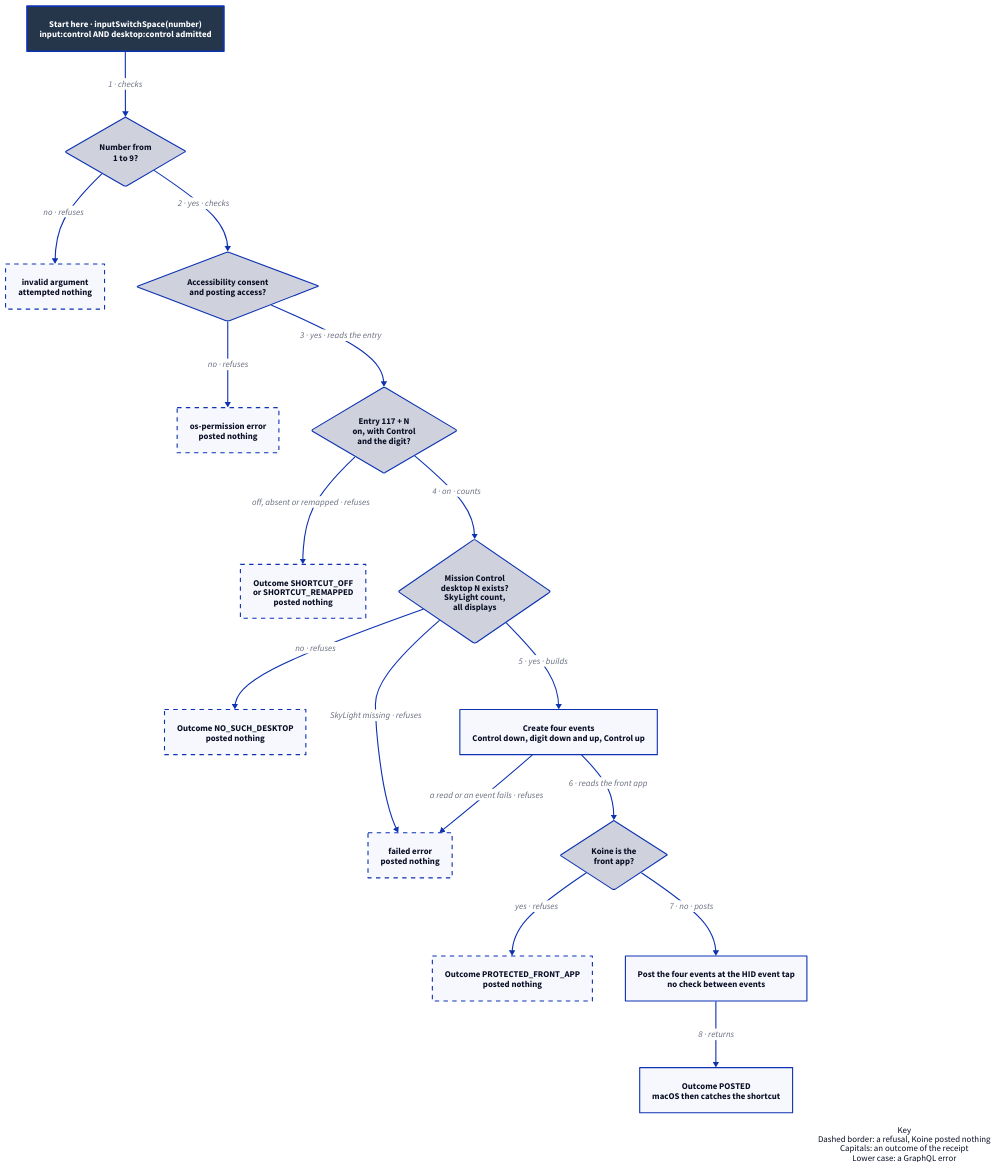
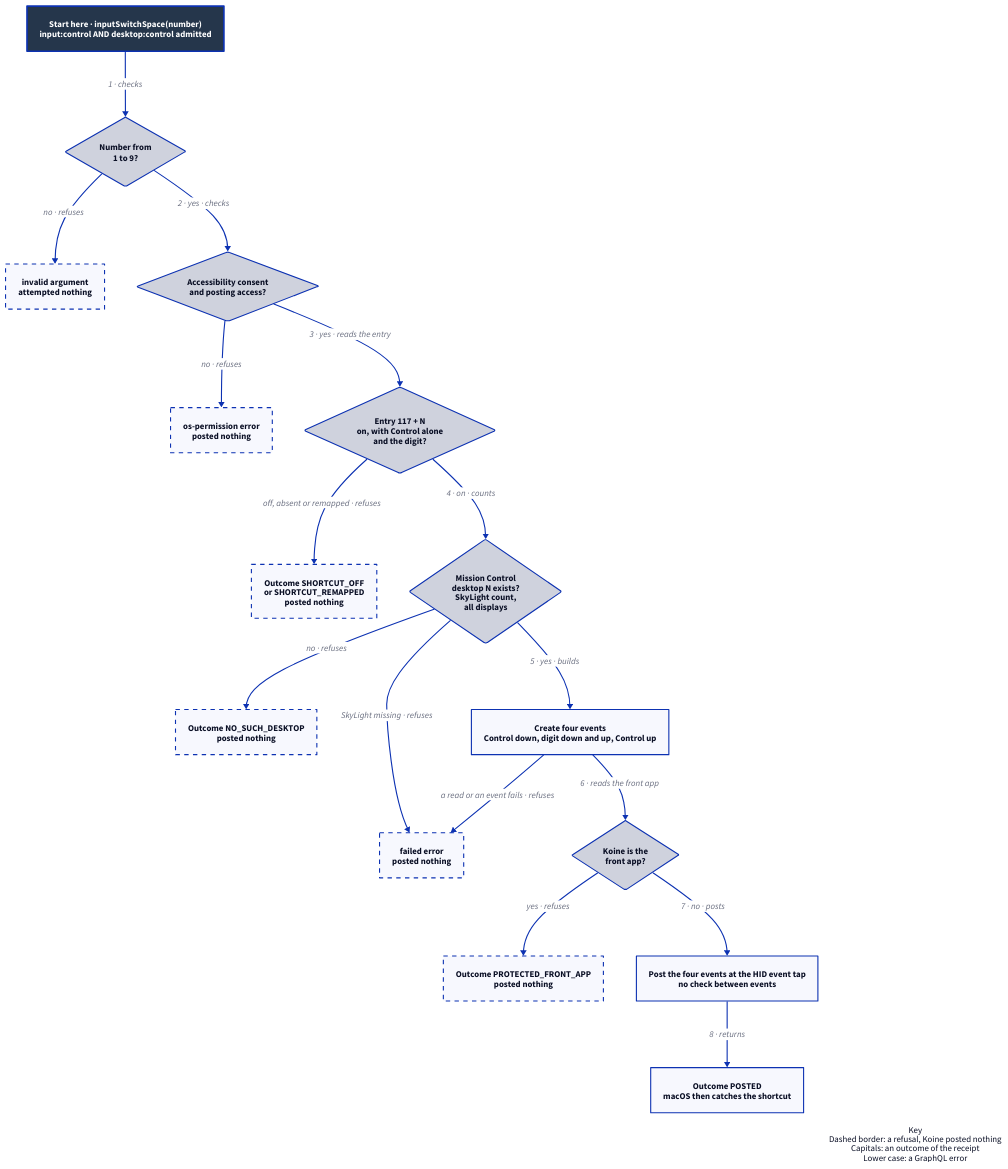
The diagram in docs/design/app-input/space-switch-flow.d2 (Linkuistics/Koine), drawn with D2 before and after one commit. The commit also changed 14 other files, not shown here.

```diff
--- a/docs/design/app-input/space-switch-flow.d2
+++ b/docs/design/app-input/space-switch-flow.d2
@@ -1,37 +1,37 @@
 # Flowchart: switch to a Mission Control desktop. It omits the host's grant check, which the workflow authority view draws.
 direction: down
 classes: {
   start: {style: {fill: "#25364B"; font-color: "#FFFFFF"; bold: true; stroke-width: 3}}
   refusal: {style: {stroke-dash: 4}}
 }
 Call: "Start here · inputSwitchSpace(number)\ninput:control AND desktop:control admitted" {class: start}
 Number: "Number from\n1 to 9?" {shape: diamond}
 Consent: "Accessibility consent\nand posting access?" {shape: diamond}
-Shortcut: "Entry 117 + N\non, with Control\nand the digit?" {shape: diamond}
+Shortcut: "Entry 117 + N\non, with Control alone\nand the digit?" {shape: diamond}
 Count: "Mission Control\ndesktop N exists?\nSkyLight count,\nall displays" {shape: diamond}
 Build: "Create four events\nControl down, digit down and up, Control up"
 Front: "Koine is the\nfront app?" {shape: diamond}
 Post: "Post the four events at the HID event tap\nno check between events"
 Posted: "Outcome POSTED\nmacOS then catches the shortcut"
 Invalid: "invalid argument\nattempted nothing" {class: refusal}
 OsPermission: "os-permission error\nposted nothing" {class: refusal}
 Off: "Outcome SHORTCUT_OFF\nor SHORTCUT_REMAPPED\nposted nothing" {class: refusal}
 Missing: "Outcome NO_SUCH_DESKTOP\nposted nothing" {class: refusal}
 Failed: "failed error\nposted nothing" {class: refusal}
 ProtectedFront: "Outcome PROTECTED_FRONT_APP\nposted nothing" {class: refusal}
 Call -> Number: "1 · checks"
 Number -> Invalid: "no · refuses"
 Number -> Consent: "2 · yes · checks"
 Consent -> OsPermission: "no · refuses"
 Consent -> Shortcut: "3 · yes · reads the entry"
 Shortcut -> Off: "off, absent or remapped · refuses"
 Shortcut -> Count: "4 · on · counts"
 Count -> Missing: "no · refuses"
 Count -> Failed: "SkyLight missing · refuses"
 Count -> Build: "5 · yes · builds"
 Build -> Failed: "a read or an event fails · refuses"
 Build -> Front: "6 · reads the front app"
 Front -> ProtectedFront: "yes · refuses"
 Front -> Post: "7 · no · posts"
 Post -> Posted: "8 · returns"
 Key: "Key\nDashed border: a refusal, Koine posted nothing\nCapitals: an outcome of the receipt\nLower case: a GraphQL error" {shape: text; near: bottom-right}
```
